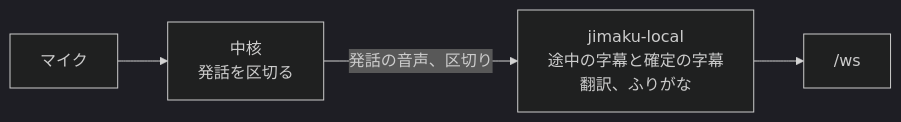
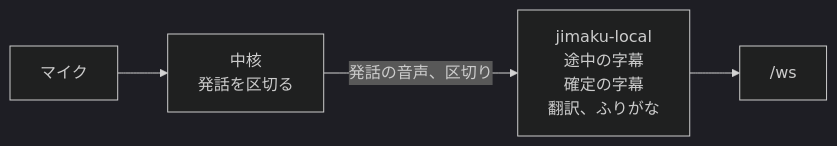
Before and after one commit to Chiji1108/deadlock-jimaku: the fourth of 4 diagrams in README.md, drawn with Mermaid (dark theme). The commit also changed other lines of this file, not shown here.

Commit message:
README の図の文字が途中で折れないようにする

````diff
--- a/README.md
+++ b/README.md
@@ -100,6 +100,6 @@
 ```mermaid
 flowchart LR
   mic["マイク"] --> core["中核<br/>発話を区切る"]
-  core -- "発話の音声、区切り" --> helper["jimaku-local<br/>途中の字幕と確定の字幕<br/>翻訳、ふりがな"]
+  core -- "発話の音声、区切り" --> helper["jimaku-local<br/>途中の字幕<br/>確定の字幕<br/>翻訳、ふりがな"]
   helper --> ws["/ws"]
 ```
````
